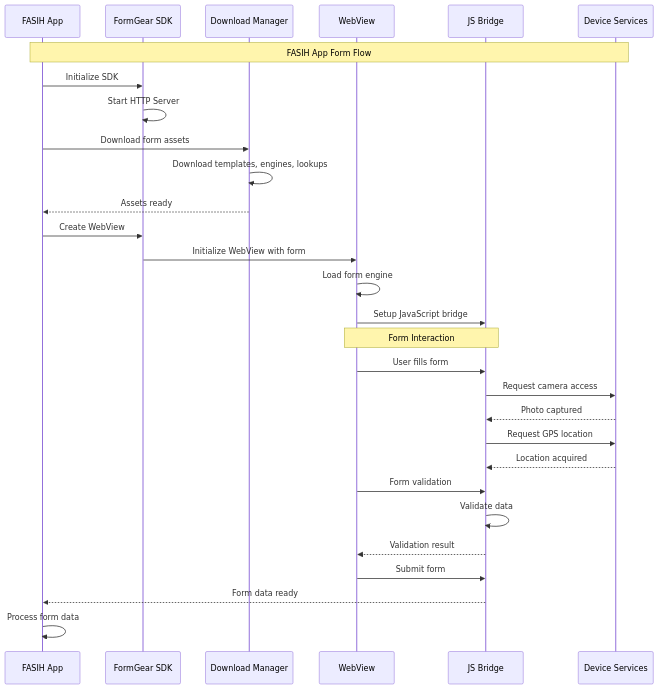
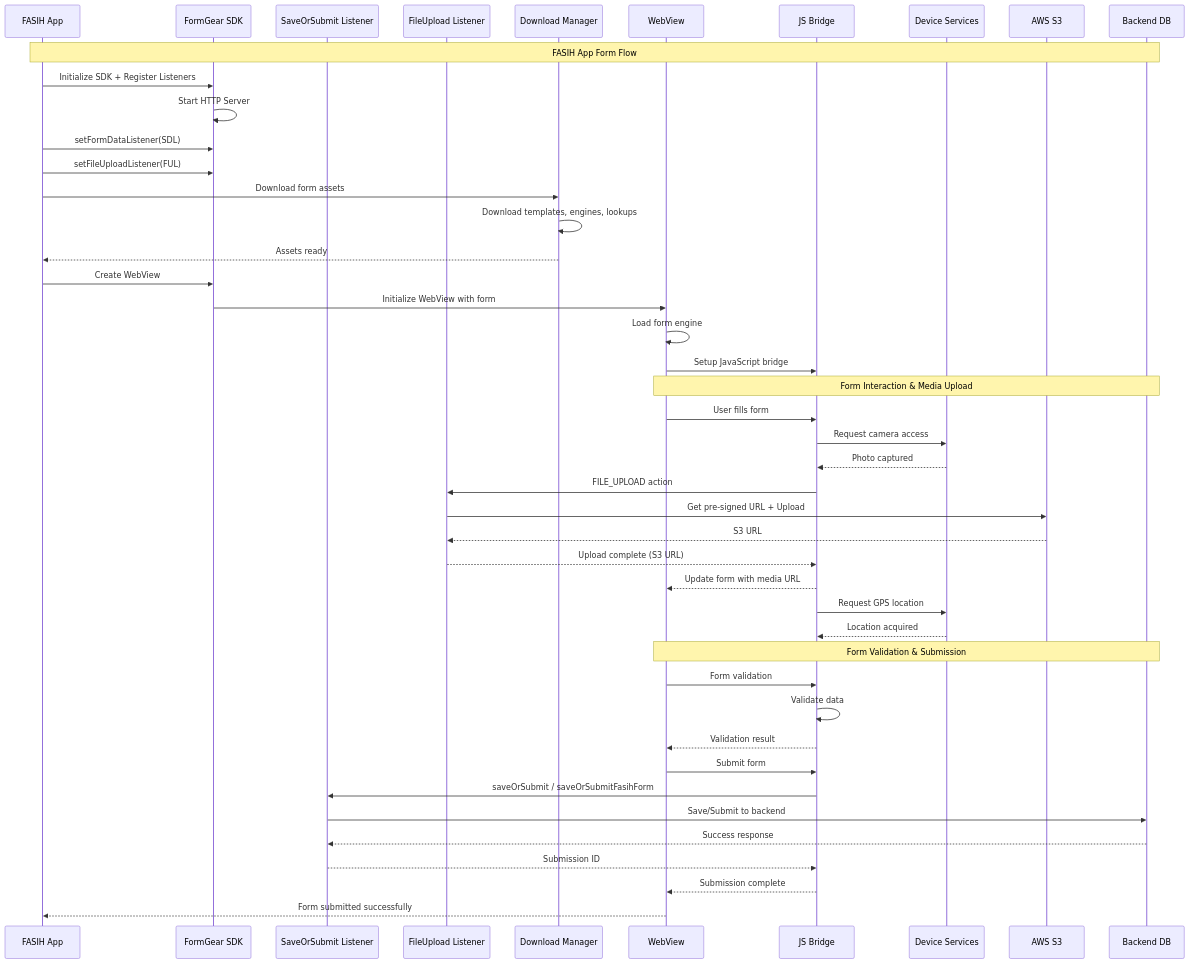
One commit to IPDS-59/form_gear_flutter_sdk changed the fourth of 4 diagrams in README.md. Above: the diagram before and after it, drawn with Mermaid. The commit also changed other lines of this file, not shown here.

First line of the commit message:
docs(readme): add comprehensive FileUploadListener documentation

````diff
--- a/README.md
+++ b/README.md
@@ -1037,39 +1392,58 @@
 ```mermaid
 sequenceDiagram
     participant FA as FASIH App
     participant SDK as FormGear SDK
+    participant SDL as SaveOrSubmit Listener
+    participant FUL as FileUpload Listener
     participant DM as Download Manager
     participant WV as WebView
     participant JS as JS Bridge
     participant DEV as Device Services
+    participant S3 as AWS S3
+    participant DB as Backend DB
 
-    Note over FA, DEV: FASIH App Form Flow
+    Note over FA, DB: FASIH App Form Flow
 
-    FA->>SDK: Initialize SDK
+    FA->>SDK: Initialize SDK + Register Listeners
     SDK->>SDK: Start HTTP Server
+    FA->>SDK: setFormDataListener(SDL)
+    FA->>SDK: setFileUploadListener(FUL)
 
     FA->>DM: Download form assets
     DM->>DM: Download templates, engines, lookups
     DM-->>FA: Assets ready
 
     FA->>SDK: Create WebView
     SDK->>WV: Initialize WebView with form
     WV->>WV: Load form engine
     WV->>JS: Setup JavaScript bridge
 
-    Note over WV, JS: Form Interaction
+    Note over WV, DB: Form Interaction & Media Upload
 
     WV->>JS: User fills form
     JS->>DEV: Request camera access
     DEV-->>JS: Photo captured
+
+    JS->>FUL: FILE_UPLOAD action
+    FUL->>S3: Get pre-signed URL + Upload
+    S3-->>FUL: S3 URL
+    FUL-->>JS: Upload complete (S3 URL)
+    JS-->>WV: Update form with media URL
+
     JS->>DEV: Request GPS location
     DEV-->>JS: Location acquired
+
+    Note over WV, DB: Form Validation & Submission
 
     WV->>JS: Form validation
     JS->>JS: Validate data
     JS-->>WV: Validation result
 
     WV->>JS: Submit form
-    JS-->>FA: Form data ready
-    FA->>FA: Process form data
+    JS->>SDL: saveOrSubmit / saveOrSubmitFasihForm
+    SDL->>DB: Save/Submit to backend
+    DB-->>SDL: Success response
+    SDL-->>JS: Submission ID
+    JS-->>WV: Submission complete
+    WV-->>FA: Form submitted successfully
 ```
````
